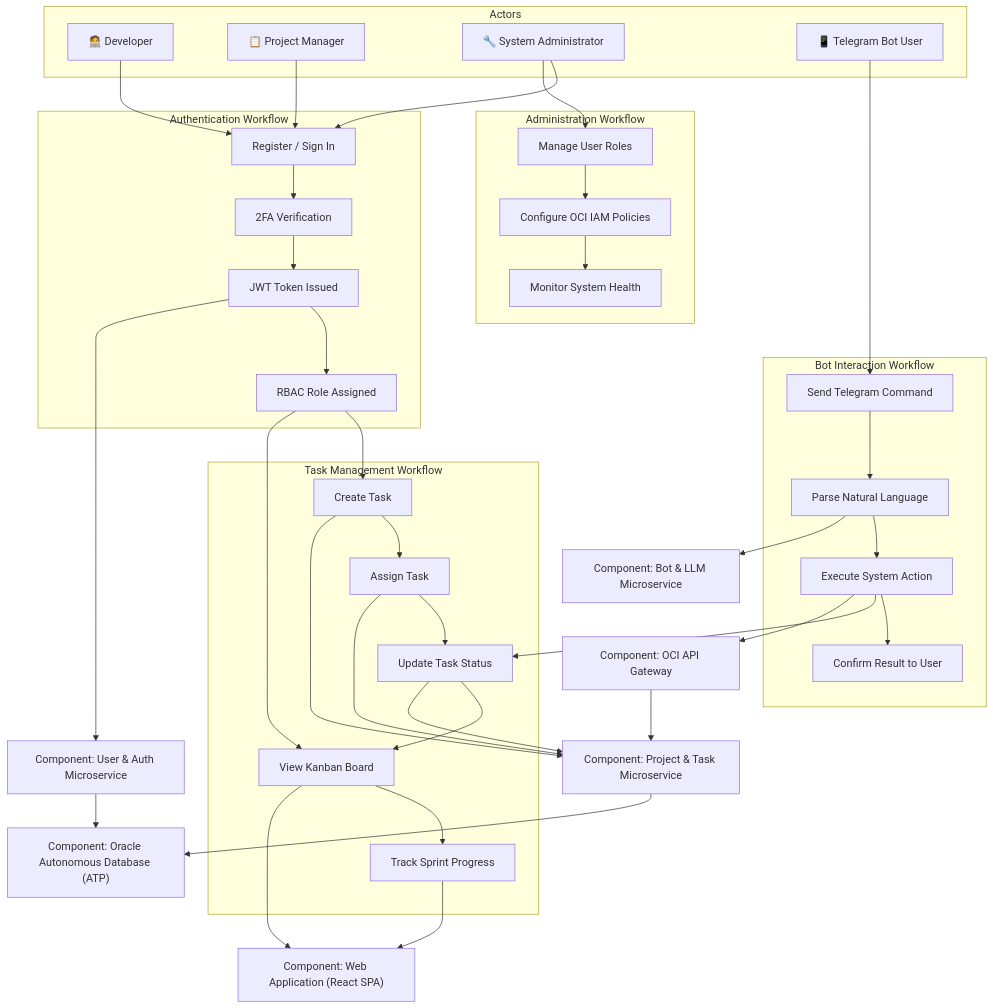
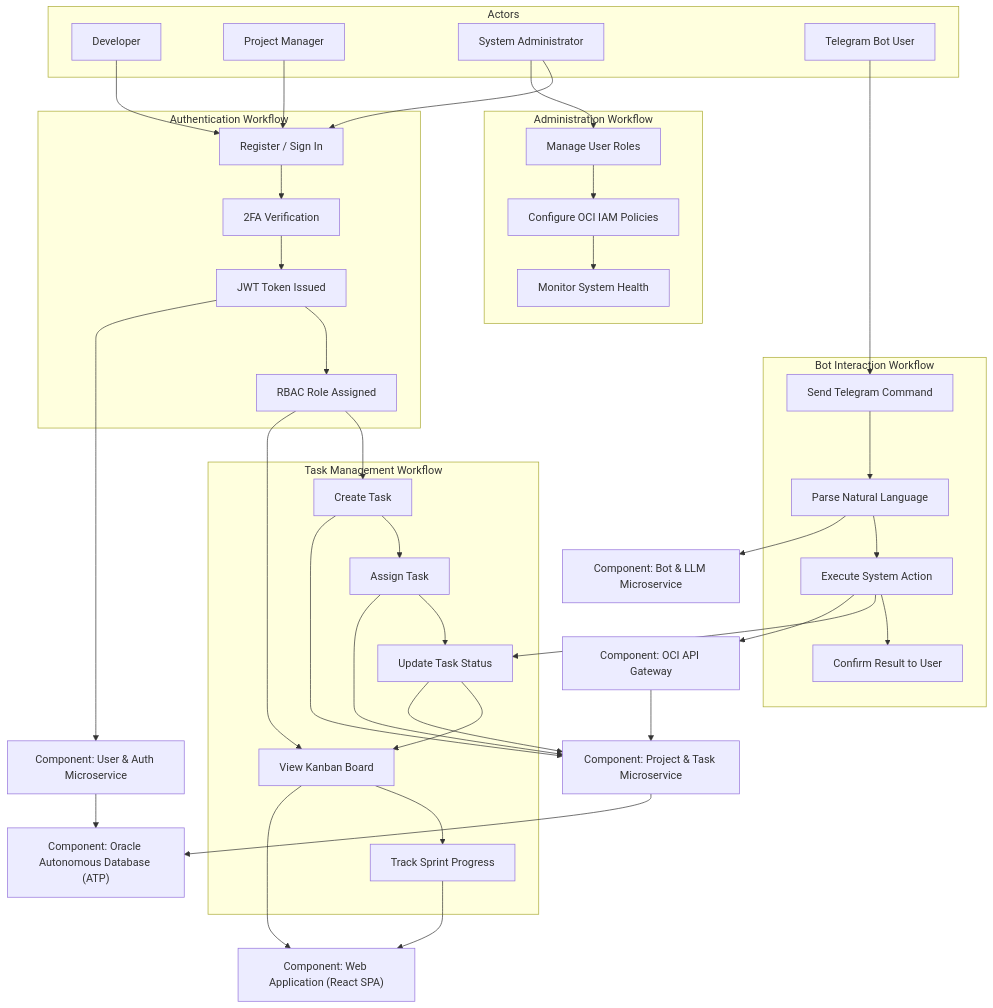
Before and after one commit to AnaPau17/M5pacoooo: the first of 3 diagrams in act.md, drawn with Mermaid.

````diff
--- a/act.md
+++ b/act.md
@@ -33,66 +33,66 @@
 ```mermaid
 flowchart TD
     subgraph Actors
-        DEV["🧑‍💻 Developer"]
-        PM["📋 Project Manager"]
-        ADMIN["🔧 System Administrator"]
-        BOT_USER["📱 Telegram Bot User"]
+        DEV["Developer"]
+        PM["Project Manager"]
+        ADMIN["System Administrator"]
+        BOT_USER["Telegram Bot User"]
     end
 
     subgraph AUTH_FLOW["Authentication Workflow"]
         A1["Register / Sign In"]
         A2["2FA Verification"]
         A3["JWT Token Issued"]
         A4["RBAC Role Assigned"]
     end
 
     subgraph TASK_FLOW["Task Management Workflow"]
         T1["Create Task"]
         T2["Assign Task"]
         T3["Update Task Status"]
         T4["View Kanban Board"]
         T5["Track Sprint Progress"]
     end
 
     subgraph BOT_FLOW["Bot Interaction Workflow"]
         B1["Send Telegram Command"]
         B2["Parse Natural Language"]
         B3["Execute System Action"]
         B4["Confirm Result to User"]
     end
 
     subgraph ADMIN_FLOW["Administration Workflow"]
         AD1["Manage User Roles"]
         AD2["Configure OCI IAM Policies"]
         AD3["Monitor System Health"]
     end
 
     DEV --> A1
     PM --> A1
     ADMIN --> A1
     BOT_USER --> B1
 
     A1 --> A2 --> A3 --> A4
 
     A4 --> T1
     A4 --> T4
     T1 --> T2 --> T3 --> T4
     T4 --> T5
 
     B1 --> B2 --> B3 --> B4
     B3 --> T3
 
     ADMIN --> AD1 --> AD2 --> AD3
 
     A3 --> C_AUTH["Component: User & Auth Microservice"]
     T1 --> C_TASK["Component: Project & Task Microservice"]
     T2 --> C_TASK
     T3 --> C_TASK
     T4 --> C_WEB["Component: Web Application (React SPA)"]
     T5 --> C_WEB
     B2 --> C_BOT["Component: Bot & LLM Microservice"]
     B3 --> C_GW["Component: OCI API Gateway"]
     C_GW --> C_TASK
     C_TASK --> C_DB["Component: Oracle Autonomous Database (ATP)"]
     C_AUTH --> C_DB
 ```
````
